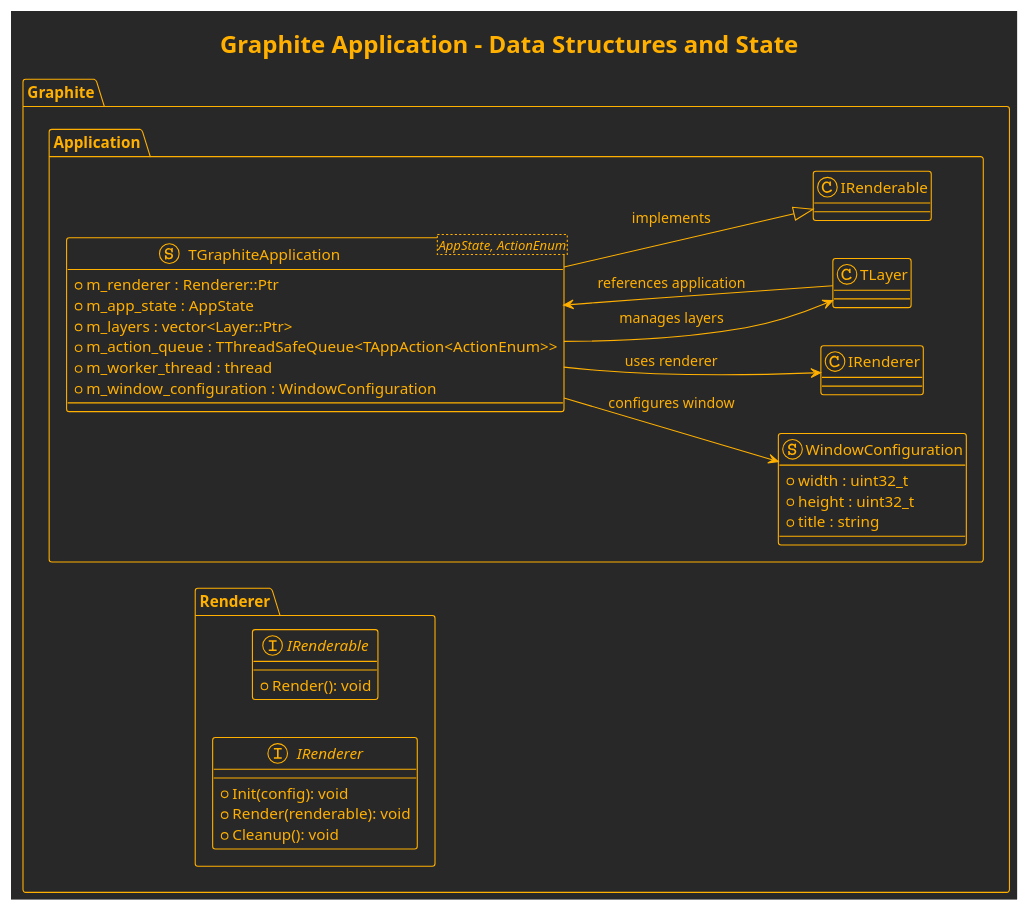
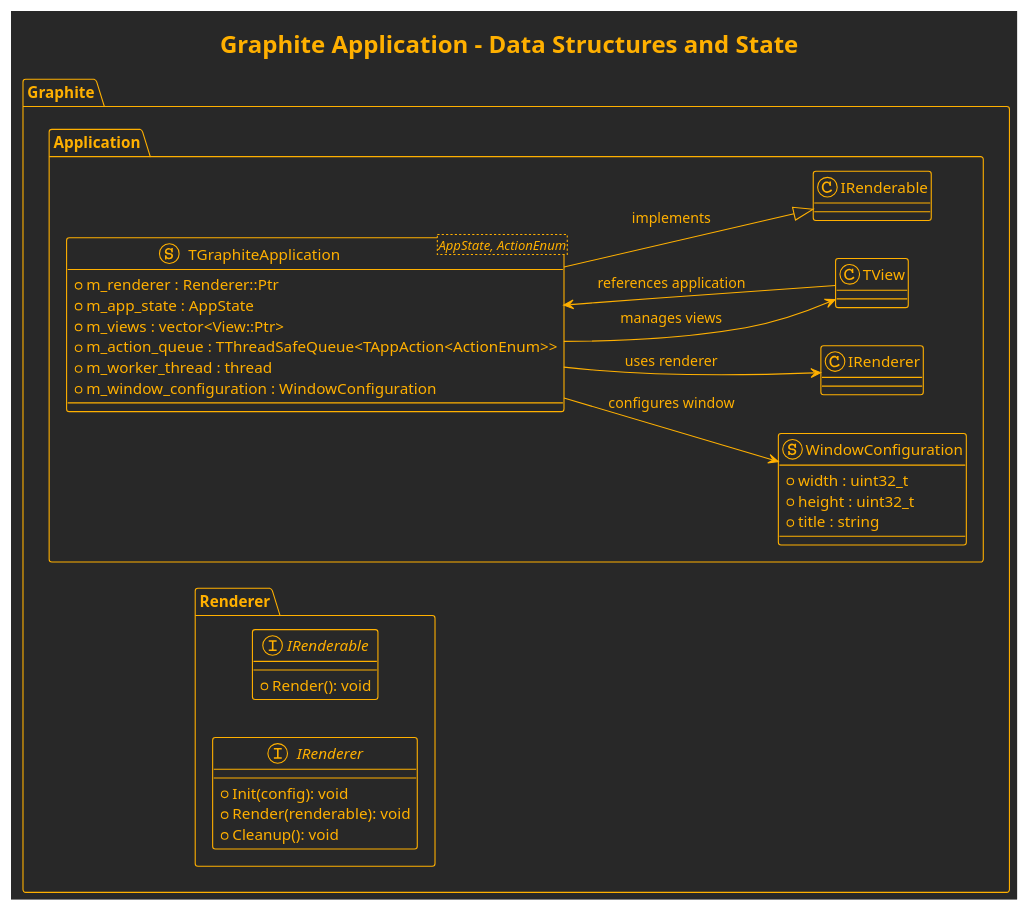
One commit to TheAncientOwl/fluxion changed the diagram in src/Graphite/Application/docs/state.puml. Above: the diagram before and after it, drawn with PlantUML. The commit also changed 105 other files, not shown here.

Commit message:
Rename Layer->View to better fit the purpose. TODO: consider layering in the future

```diff
--- a/src/Graphite/Application/docs/state.puml
+++ b/src/Graphite/Application/docs/state.puml
@@ -1,47 +1,47 @@
 @startuml Graphite Application State Diagram
 
 !theme crt-amber
 left to right direction
 
 title Graphite Application - Data Structures and State
 
 package "Graphite" {
 
 package "Application" {
     struct WindowConfiguration {
         + width : uint32_t
         + height : uint32_t
         + title : string
     }
     
     struct TGraphiteApplication<AppState, ActionEnum> {
         + m_renderer : Renderer::Ptr
         + m_app_state : AppState
-        + m_layers : vector<Layer::Ptr>
+        + m_views : vector<View::Ptr>
         + m_action_queue : TThreadSafeQueue<TAppAction<ActionEnum>>
         + m_worker_thread : thread
         + m_window_configuration : WindowConfiguration
     }
     TGraphiteApplication --> WindowConfiguration : configures window
-    TGraphiteApplication --> TLayer : manages layers
+    TGraphiteApplication --> TView : manages views
     TGraphiteApplication --> IRenderer : uses renderer
     TGraphiteApplication --|> IRenderable : implements
 }
 
 package "Renderer" {
     interface IRenderable {
         +Render(): void
     }
     
     interface IRenderer {
         +Init(config): void
         +Render(renderable): void
         +Cleanup(): void
     }
 }
 
-TLayer --> TGraphiteApplication : references application
+TView --> TGraphiteApplication : references application
 
 }
 
 @enduml
```
